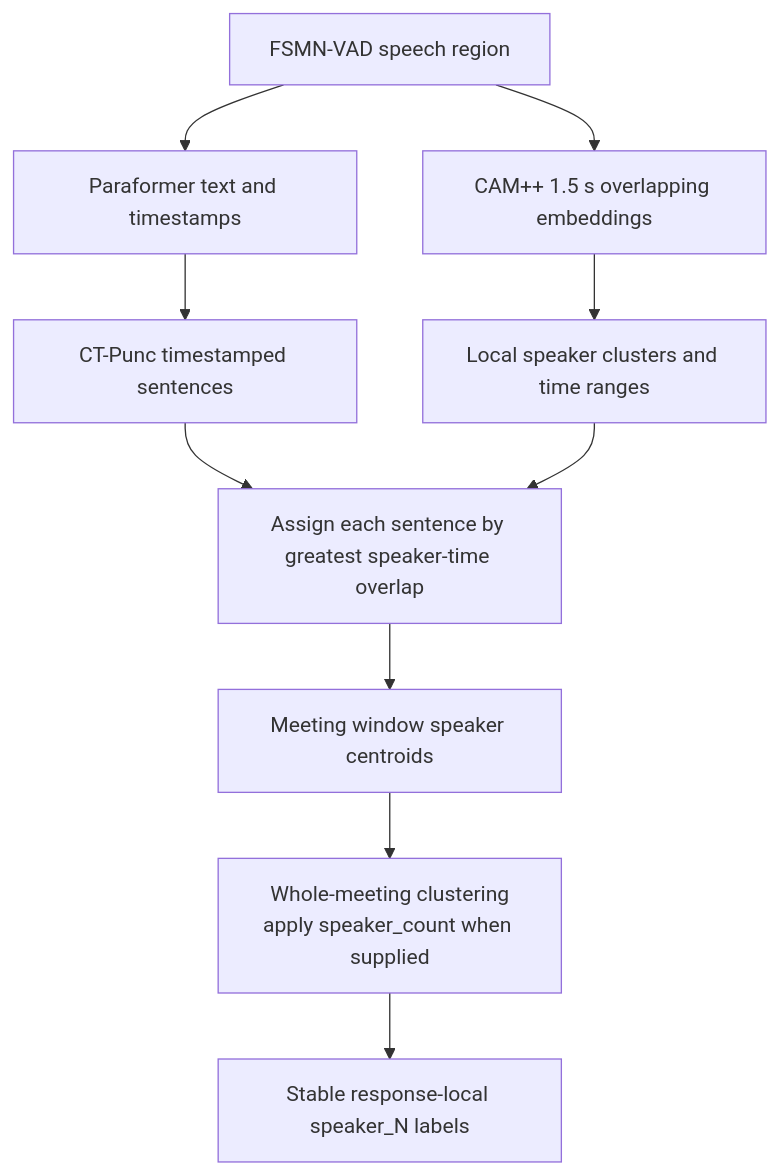
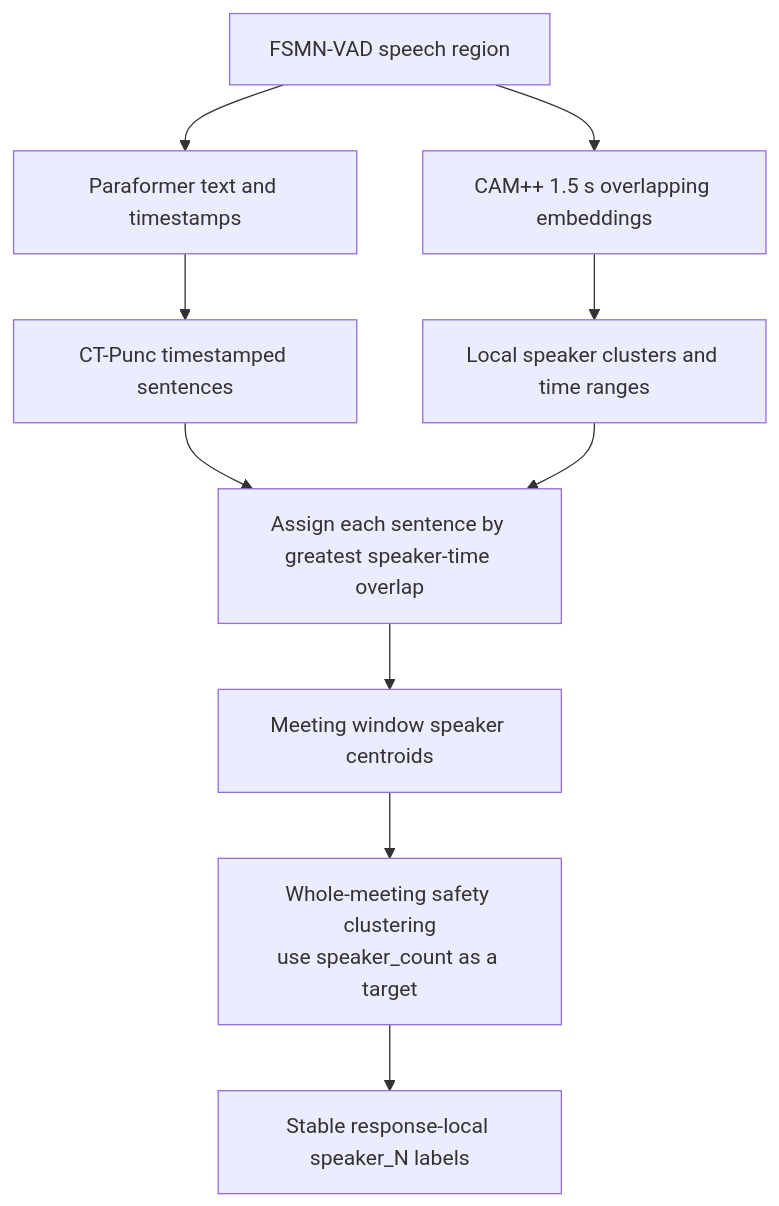
The diagram in docs/decisions/0009-paraformer-punctuation-speaker-segmentation.md (kwp-lab/nota-asr-server), drawn with Mermaid before and after one commit. The commit also changed other lines of this file and 18 other files, not shown here.

Commit message:
feat: refine meeting speaker diarization

````diff
--- a/docs/decisions/0009-paraformer-punctuation-speaker-segmentation.md
+++ b/docs/decisions/0009-paraformer-punctuation-speaker-segmentation.md
@@ -26,12 +26,12 @@
 ```mermaid
 flowchart TD
     A["FSMN-VAD speech region"] --> B["Paraformer text and timestamps"]
     A --> C["CAM++ 1.5 s overlapping embeddings"]
     B --> D["CT-Punc timestamped sentences"]
     C --> E["Local speaker clusters and time ranges"]
     D --> F["Assign each sentence by greatest speaker-time overlap"]
     E --> F
     F --> G["Meeting window speaker centroids"]
-    G --> H["Whole-meeting clustering<br/>apply speaker_count when supplied"]
+    G --> H["Whole-meeting safety clustering<br/>use speaker_count as a target"]
     H --> I["Stable response-local speaker_N labels"]
 ```
````
